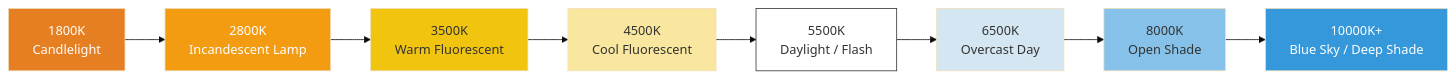
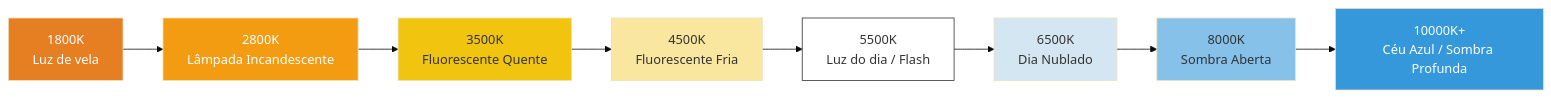
One commit to zoozooll/AndroidCameraParameters changed the diagram in website/i18n/pt-BR/docusaurus-plugin-content-docs/current/camera2/white-balance-and-color.md. Above: the diagram before and after it, drawn with Mermaid (base theme). The commit also changed other lines of this file and 378 other files, not shown here.

````diff
--- a/website/i18n/pt-BR/docusaurus-plugin-content-docs/current/camera2/white-balance-and-color.md
+++ b/website/i18n/pt-BR/docusaurus-plugin-content-docs/current/camera2/white-balance-and-color.md
@@ -24,18 +24,18 @@
 ```mermaid
 graph LR
-    A[1800K<br/>Candlelight] --> B[2800K<br/>Incandescent Lamp]
-    B --> C[3500K<br/>Warm Fluorescent]
-    C --> D[4500K<br/>Cool Fluorescent]
-    D --> E[5500K<br/>Daylight / Flash]
-    E --> F[6500K<br/>Overcast Day]
-    F --> G[8000K<br/>Open Shade]
-    G --> H[10000K+<br/>Blue Sky / Deep Shade]
+    A["1800K<br/>Luz de vela"] --> B["2800K<br/>Lâmpada Incandescente"]
+    B --> C[3500K<br/>Fluorescente Quente]
+    C --> D[4500K<br/>Fluorescente Fria]
+    D --> E[5500K<br/>Luz do dia / Flash]
+    E --> F[6500K<br/>Dia Nublado]
+    F --> G[8000K<br/>Sombra Aberta]
+    G --> H[10000K+<br/>Céu Azul / Sombra Profunda]
     style A fill:#e67e22,color:#fff
     style B fill:#f39c12,color:#fff
     style C fill:#f1c40f,color:#333
     style D fill:#f9e79f,color:#333
     style E fill:#ffffff,color:#333,stroke:#333
     style F fill:#d4e6f1,color:#333
     style G fill:#85c1e9,color:#333
     style H fill:#3498db,color:#fff
 ```
````
